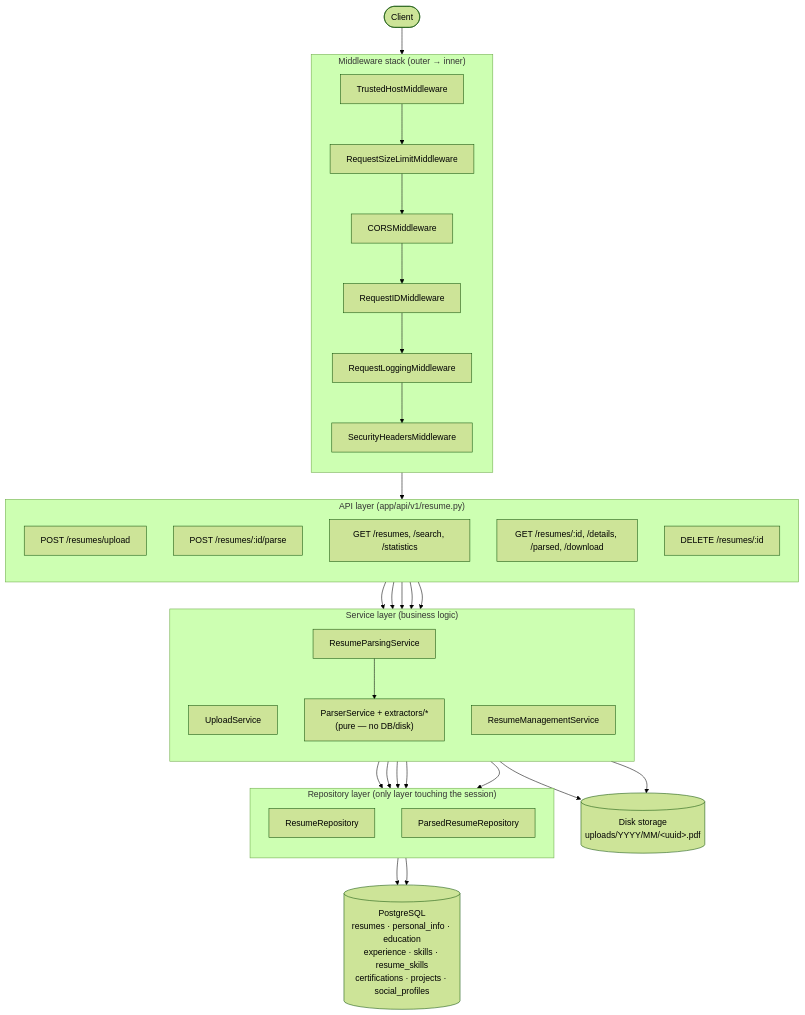
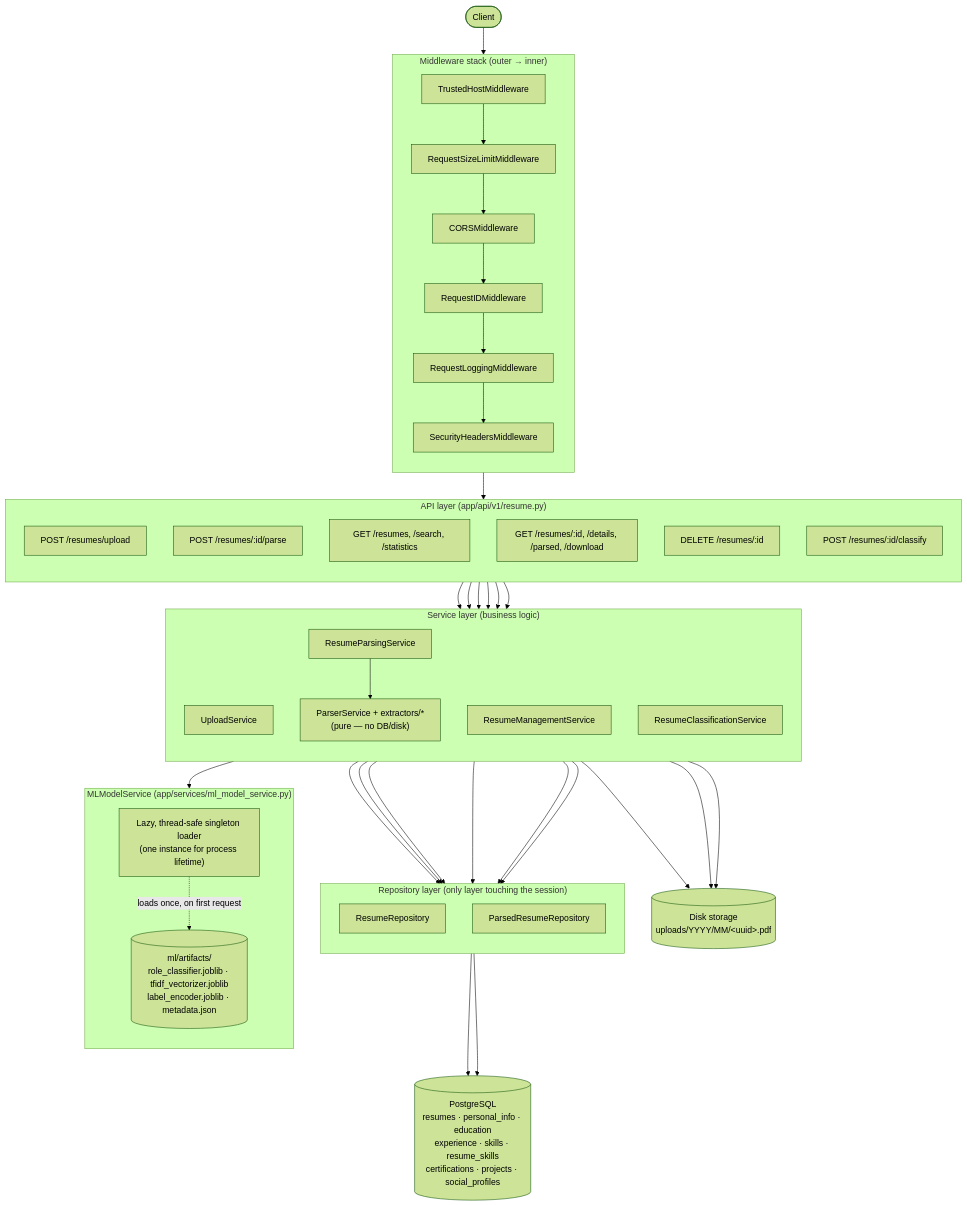
Before and after one commit to DevKadiya7/Resume_Parsing: the diagram in README.md, drawn with Mermaid (forest theme). The commit also changed other lines of this file and 6 other files, not shown here.

````diff
--- a/README.md
+++ b/README.md
@@ -76,59 +98,72 @@
 ```mermaid
 flowchart TB
     Client(["Client"])
 
     subgraph MW["Middleware stack (outer → inner)"]
         direction TB
         TH["TrustedHostMiddleware"]
         SL["RequestSizeLimitMiddleware"]
         CORS["CORSMiddleware"]
         RID["RequestIDMiddleware"]
         LOG["RequestLoggingMiddleware"]
         SEC["SecurityHeadersMiddleware"]
         TH --> SL --> CORS --> RID --> LOG --> SEC
     end
 
     subgraph API["API layer (app/api/v1/resume.py)"]
         direction TB
         R1["POST /resumes/upload"]
         R2["POST /resumes/:id/parse"]
         R3["GET /resumes, /search, /statistics"]
         R4["GET /resumes/:id, /details, /parsed, /download"]
         R5["DELETE /resumes/:id"]
+        R6["POST /resumes/:id/classify"]
     end
 
     subgraph SVC["Service layer (business logic)"]
         direction TB
         S1["UploadService"]
         S2["ResumeParsingService"]
         S3["ParserService + extractors/*\n(pure — no DB/disk)"]
         S4["ResumeManagementService"]
+        S5["ResumeClassificationService"]
     end
 
     subgraph REPO["Repository layer (only layer touching the session)"]
         direction TB
         RP1["ResumeRepository"]
         RP2["ParsedResumeRepository"]
+    end
+
+    subgraph ML["MLModelService (app/services/ml_model_service.py)"]
+        direction TB
+        MLL["Lazy, thread-safe singleton loader\n(one instance for process lifetime)"]
+        MLA[("ml/artifacts/\nrole_classifier.joblib · tfidf_vectorizer.joblib\nlabel_encoder.joblib · metadata.json")]
+        MLL -. "loads once, on first request" .-> MLA
     end
 
     DB[("PostgreSQL\nresumes · personal_info · education\nexperience · skills · resume_skills\ncertifications · projects · social_profiles")]
     FS[("Disk storage\nuploads/YYYY/MM/&lt;uuid&gt;.pdf")]
 
     Client --> TH
     SEC --> API
     R1 --> S1
     R2 --> S2
     R3 --> S4
     R4 --> S4
     R5 --> S4
+    R6 --> S5
     S2 --> S3
     S1 --> RP1
     S2 --> RP1
     S2 --> RP2
     S4 --> RP1
     S4 --> RP2
+    S5 --> RP1
+    S5 --> ML
     RP1 --> DB
     RP2 --> DB
     S1 --> FS
     S4 --> FS
+    S5 --> FS
 ```
````
